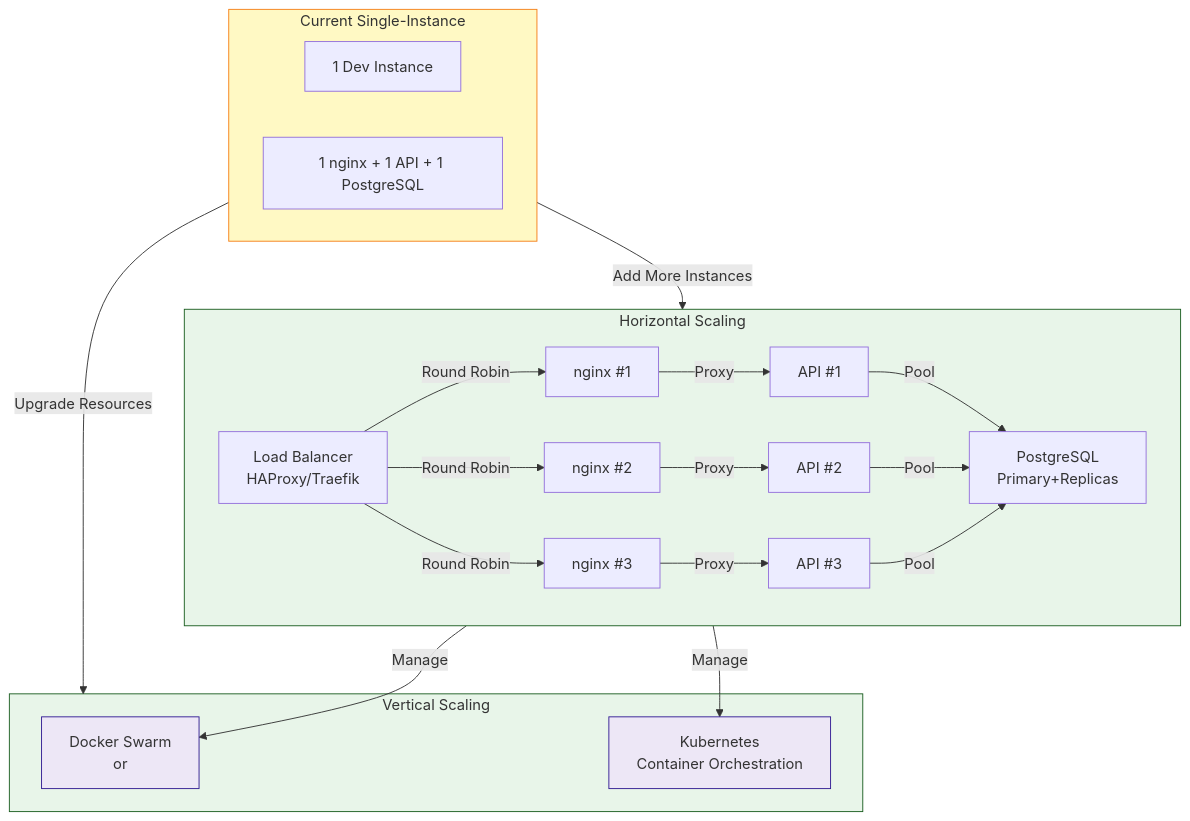
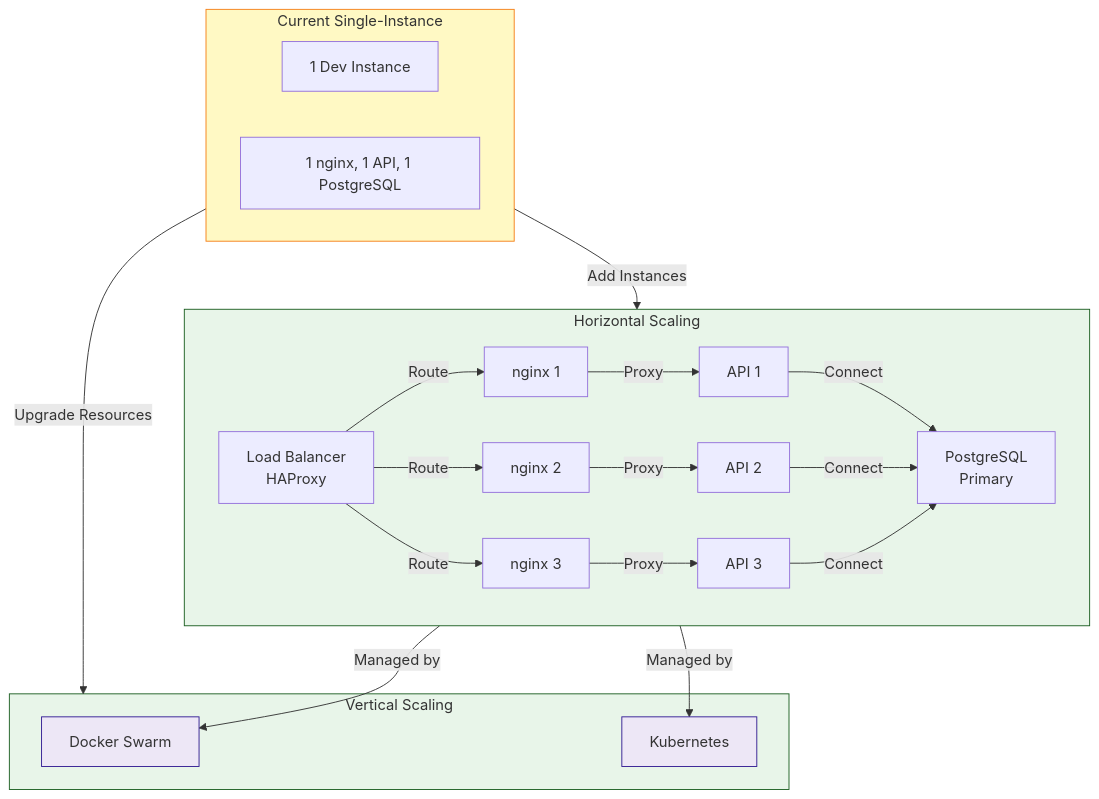
Diagram 12 of 12 in ARCHITECTURE.md (mbhoge/radiocalico), drawn with Mermaid before and after one commit. The commit also changed other lines of this file, not shown here.

First line of the commit message:
Fix Mermaid diagram syntax errors in ARCHITECTURE.md

````diff
--- a/ARCHITECTURE.md
+++ b/ARCHITECTURE.md
@@ -635,46 +635,46 @@
 ```mermaid
 graph TB
-    subgraph Current["Current Single-Instance"]
+    subgraph CurrentSetup["Current Single-Instance"]
         Dev1["1 Dev Instance"]
-        Prod1["1 nginx + 1 API + 1 PostgreSQL"]
+        Prod1["1 nginx, 1 API, 1 PostgreSQL"]
     end
 
-    subgraph Horizontal["Horizontal Scaling"]
-        LB["Load Balancer<br/>HAProxy/Traefik"]
-        N1["nginx #1"]
-        N2["nginx #2"]
-        N3["nginx #3"]
-        API1["API #1"]
-        API2["API #2"]
-        API3["API #3"]
-        PG["PostgreSQL<br/>Primary+Replicas"]
+    subgraph HorizontalScale["Horizontal Scaling"]
+        LB["Load Balancer<br/>HAProxy"]
+        N1["nginx 1"]
+        N2["nginx 2"]
+        N3["nginx 3"]
+        API1["API 1"]
+        API2["API 2"]
+        API3["API 3"]
+        PG["PostgreSQL<br/>Primary"]
     end
 
-    subgraph Vertical["Vertical Scaling"]
-        Docker["Docker Swarm<br/>or"]
-        K8s["Kubernetes<br/>Container Orchestration"]
+    subgraph VerticalScale["Vertical Scaling"]
+        Docker["Docker Swarm"]
+        K8s["Kubernetes"]
     end
 
-    Current -->|Add More Instances| Horizontal
-    LB -->|Round Robin| N1
-    LB -->|Round Robin| N2
-    LB -->|Round Robin| N3
+    CurrentSetup -->|Add Instances| HorizontalScale
+    LB -->|Route| N1
+    LB -->|Route| N2
+    LB -->|Route| N3
     N1 -->|Proxy| API1
     N2 -->|Proxy| API2
     N3 -->|Proxy| API3
-    API1 -->|Pool| PG
-    API2 -->|Pool| PG
-    API3 -->|Pool| PG
+    API1 -->|Connect| PG
+    API2 -->|Connect| PG
+    API3 -->|Connect| PG
     
-    Current -->|Upgrade Resources| Vertical
-    Horizontal -->|Manage| Docker
-    Horizontal -->|Manage| K8s
+    CurrentSetup -->|Upgrade Resources| VerticalScale
+    HorizontalScale -->|Managed by| Docker
+    HorizontalScale -->|Managed by| K8s
 
     classDef current fill:#fff9c4,stroke:#f57f17
     classDef scale fill:#e8f5e9,stroke:#1b5e20
     classDef orch fill:#ede7f6,stroke:#311b92
 
-    class Current current
-    class Horizontal,Vertical scale
+    class CurrentSetup current
+    class HorizontalScale,VerticalScale scale
     class Docker,K8s orch
 ```
````
